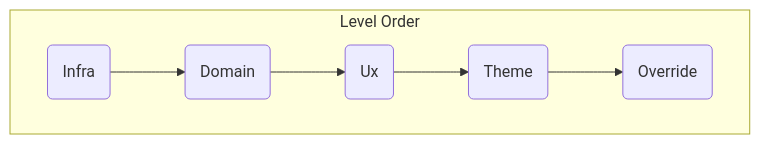
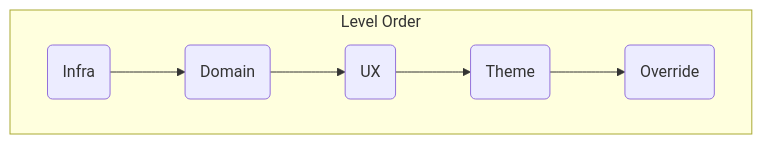
The second of 2 diagrams in docs/recipes/monolith.md (mouseless/baked), drawn with Mermaid before and after one commit. The commit also changed 1 other file, not shown here.

Commit message:
review changes
- clarify orders sample
- add sample for accessing indexed model
- change utilizing conventions to convention system

````diff
--- a/docs/recipes/monolith.md
+++ b/docs/recipes/monolith.md
@@ -142,16 +142,16 @@
 ```mermaid
 flowchart
   I(Infra)
   D(Domain)
-  UX(Ux)
+  UX(UX)
   T(Theme)
   O(Override)
 
   subgraph Level Order
     direction LR
     I --> D
     D --> UX
     UX --> T
     T --> O
   end
 ```
````
